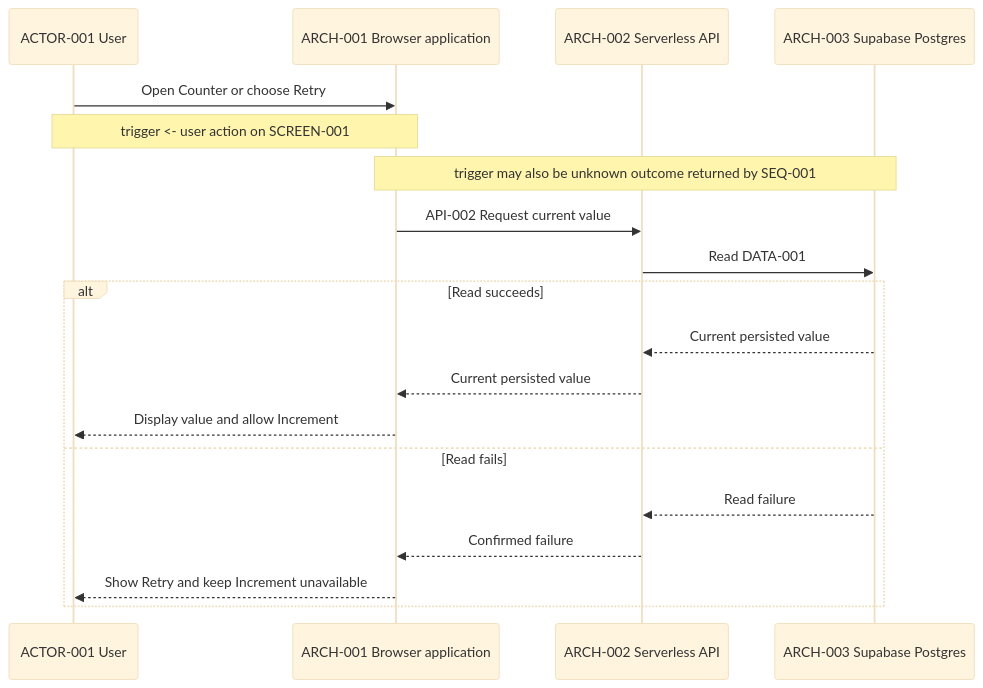
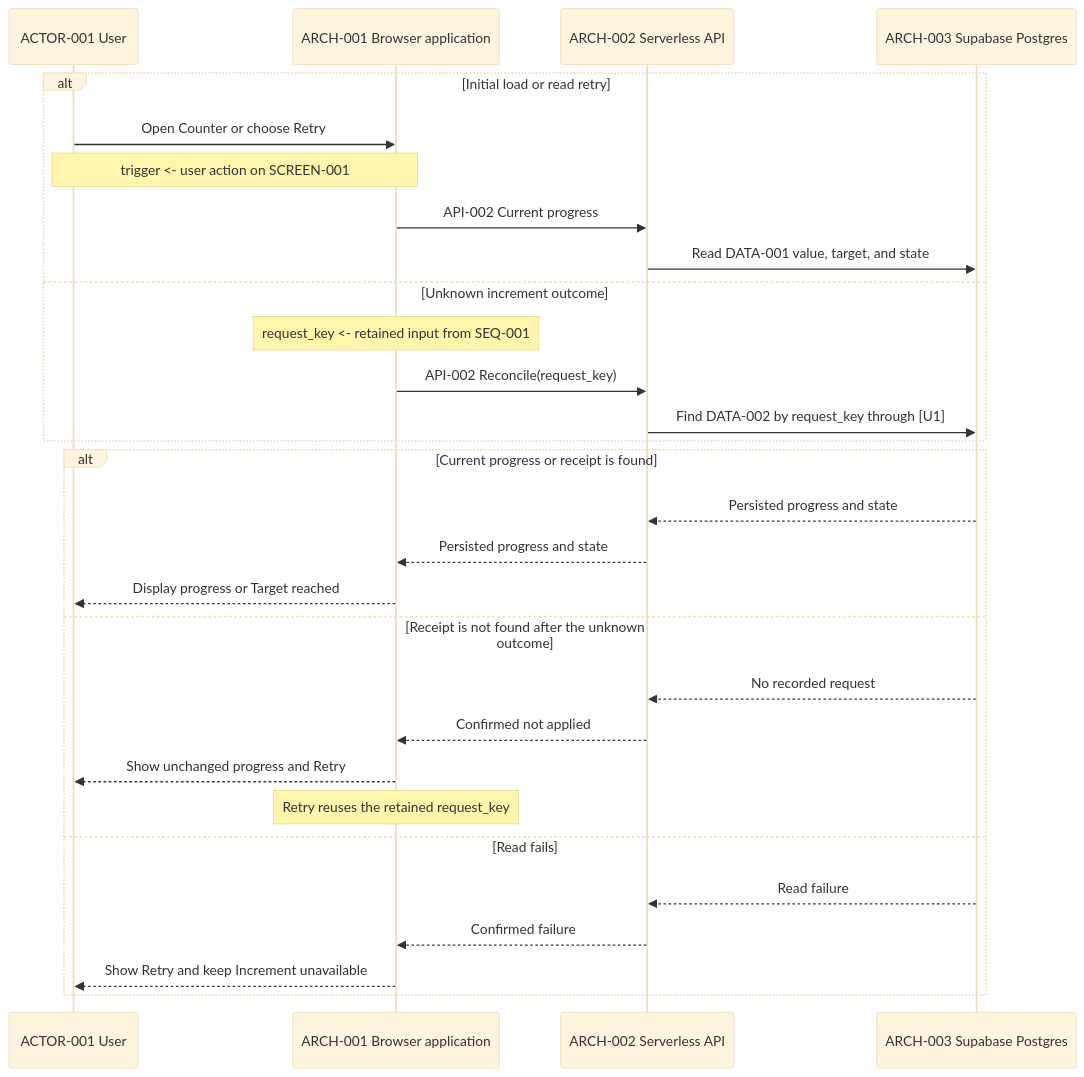
Before and after one commit to swabbie-dev/product-intent-package: the second of 2 diagrams in skills/product-intent-manager/assets/example-product-intent-package/sequences/sequences.md, drawn with Mermaid (base theme). The commit also changed other lines of this file and 14 other files, not shown here.

````diff
--- a/skills/product-intent-manager/assets/example-product-intent-package/sequences/sequences.md
+++ b/skills/product-intent-manager/assets/example-product-intent-package/sequences/sequences.md
@@ -54,22 +76,32 @@
 ```mermaid
 sequenceDiagram
   participant U as ACTOR-001 User
   participant B as ARCH-001 Browser application
   participant S as ARCH-002 Serverless API
   participant D as ARCH-003 Supabase Postgres
 
-  U->>B: Open Counter or choose Retry
-  Note over U,B: trigger <- user action on SCREEN-001
-  Note over B,D: trigger may also be unknown outcome returned by SEQ-001
-  B->>S: API-002 Request current value
-  S->>D: Read DATA-001
-  alt Read succeeds
-    D-->>S: Current persisted value
-    S-->>B: Current persisted value
-    B-->>U: Display value and allow Increment
+  alt Initial load or read retry
+    U->>B: Open Counter or choose Retry
+    Note over U,B: trigger <- user action on SCREEN-001
+    B->>S: API-002 Current progress
+    S->>D: Read DATA-001 value, target, and state
+  else Unknown increment outcome
+    Note over B: request_key <- retained input from SEQ-001
+    B->>S: API-002 Reconcile(request_key)
+    S->>D: Find DATA-002 by request_key through [U1]
+  end
+  alt Current progress or receipt is found
+    D-->>S: Persisted progress and state
+    S-->>B: Persisted progress and state
+    B-->>U: Display progress or Target reached
+  else Receipt is not found after the unknown outcome
+    D-->>S: No recorded request
+    S-->>B: Confirmed not applied
+    B-->>U: Show unchanged progress and Retry
+    Note over B: Retry reuses the retained request_key
   else Read fails
     D-->>S: Read failure
     S-->>B: Confirmed failure
     B-->>U: Show Retry and keep Increment unavailable
   end
 ```
````
